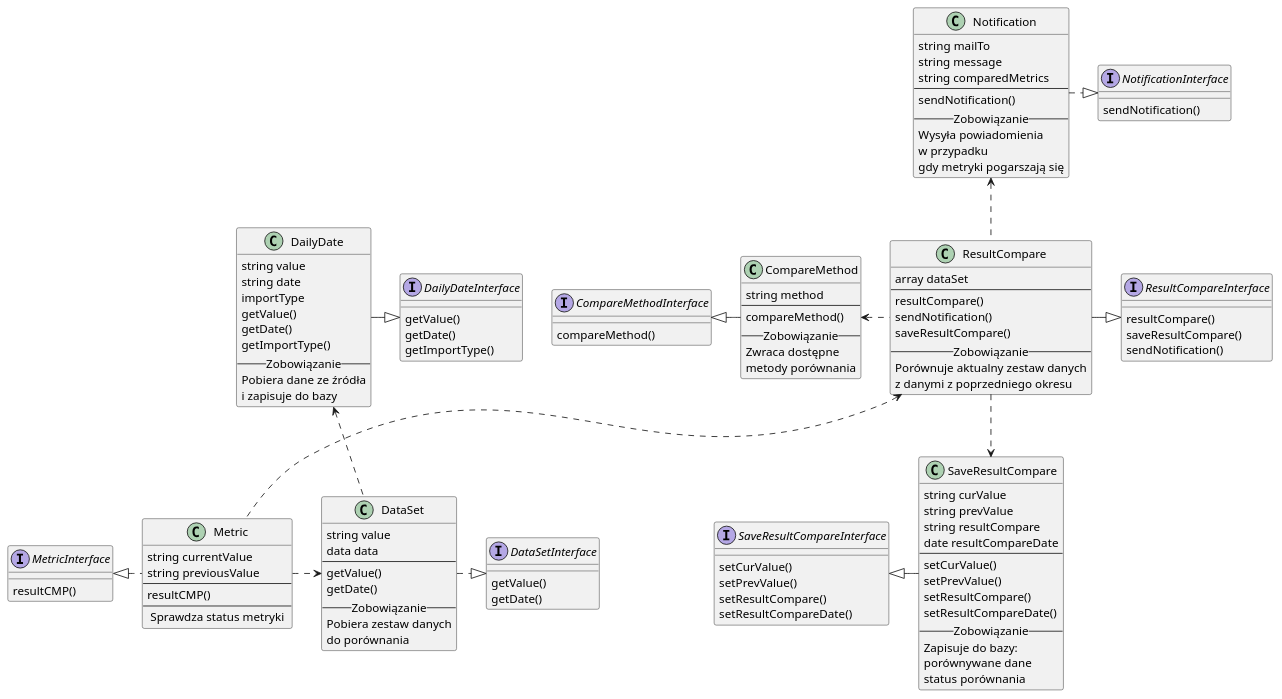
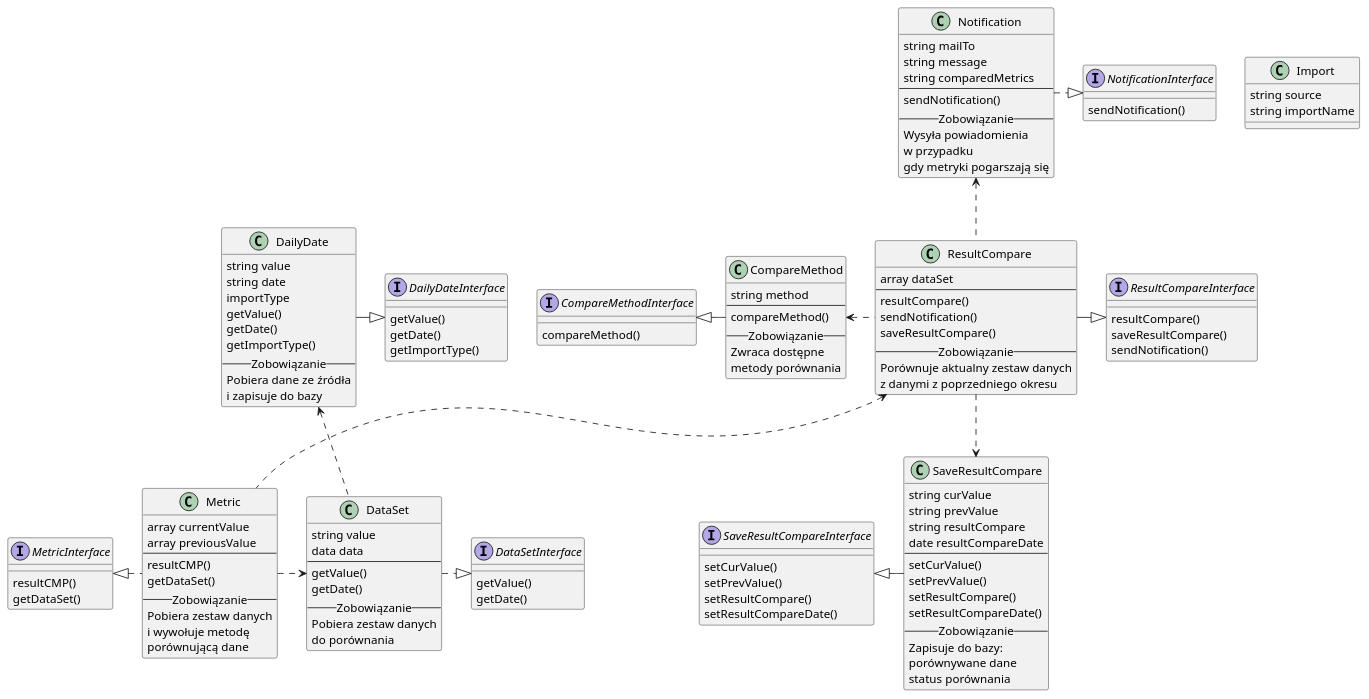
Before and after one commit to marekz/metric_test: the diagram in DOC/FirstClassDiagram.puml, drawn with PlantUML.

Commit message:
Omowienie szczegolow i przejscie dokolejnejwersji 0.2

```diff
--- a/DOC/FirstClassDiagram.puml
+++ b/DOC/FirstClassDiagram.puml
@@ -1,153 +1,163 @@
 @startuml
+
+class Import {
+    string source
+    string importName
+    
+}
 
 interface MetricInterface {
     resultCMP()
+    getDataSet()
 }
 
 class Metric {
-    string currentValue
-    string previousValue
+    array currentValue
+    array previousValue
 --
     resultCMP()
---
--- Sprawdza status metryki -- 
+    getDataSet()
+-- Zobowiązanie --
+Pobiera zestaw danych
+i wywołuje metodę 
+porównującą dane
 }
 
 interface DataSetInterface {
     getValue()
     getDate()
 }
 
 class DataSet {
     string value
     data data
 --
     getValue()
     getDate()
 -- Zobowiązanie --
 Pobiera zestaw danych 
 do porównania
 }
 
 interface DailyDateInterface {
     getValue()
     getDate()
     getImportType()
 }
 
 class DailyDate {
     string value
     string date
     importType
     getValue()
     getDate()
     getImportType()
 -- Zobowiązanie --
 Pobiera dane ze źródła
 i zapisuje do bazy
 }
 
 DailyDate -right-|> DailyDateInterface
 
 DataSet .up.> DailyDate
 
 MetricInterface <|.right. Metric
 
 DataSetInterface <|.left. DataSet
 
 Metric .right.> DataSet
 
 interface ResultCompareInterface {
     resultCompare()
     saveResultCompare()
     sendNotification()
 }
 
 class ResultCompare {
     array dataSet
 --
     resultCompare()
     sendNotification()
     saveResultCompare()
 -- Zobowiązanie --
 Porównuje aktualny zestaw danych
 z danymi z poprzedniego okresu
 }
 
 interface SaveResultCompareInterface {
     setCurValue()
     setPrevValue()
     setResultCompare()
     setResultCompareDate()
 }
 
 class SaveResultCompare {
     string curValue
     string prevValue
     string resultCompare
     date resultCompareDate
 --
     setCurValue()
     setPrevValue()
     setResultCompare()
     setResultCompareDate()
 -- Zobowiązanie --
 Zapisuje do bazy:
 porównywane dane
 status porównania
 }
 
 SaveResultCompare -left-|> SaveResultCompareInterface
 
 ResultCompareInterface <|-left- ResultCompare
 
 ResultCompare <.down. Metric
 
 ResultCompare .down.> SaveResultCompare
 
 interface NotificationInterface {
     sendNotification()
 }
 
 class Notification {
 string mailTo
 string message
 string comparedMetrics
 --
 sendNotification()
 -- Zobowiązanie --
 Wysyła powiadomienia
 w przypadku
 gdy metryki pogarszają się
 }
 
 Notification <.down. ResultCompare
 
 NotificationInterface <|.left. Notification
 
 interface CompareMethodInterface {
     compareMethod()
 }
 
 class CompareMethod {
     string method
 --
     compareMethod()
 -- Zobowiązanie --
 Zwraca dostępne 
 metody porównania
 }
 
 CompareMethod -left-|> CompareMethodInterface
 
 ResultCompare .left.> CompareMethod
 
 /'
 enum Result{
     LESS
     EQ
     GRATER    
 }
 '/
 
 @enduml
```
